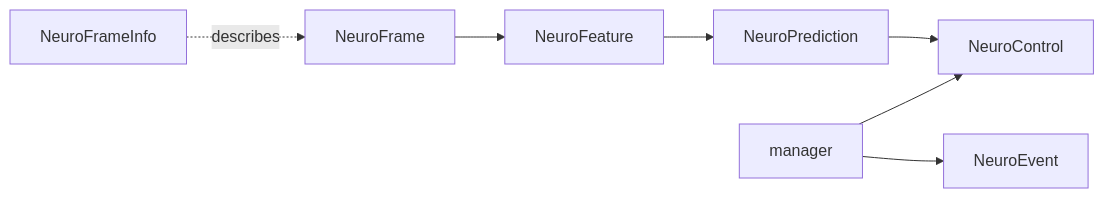
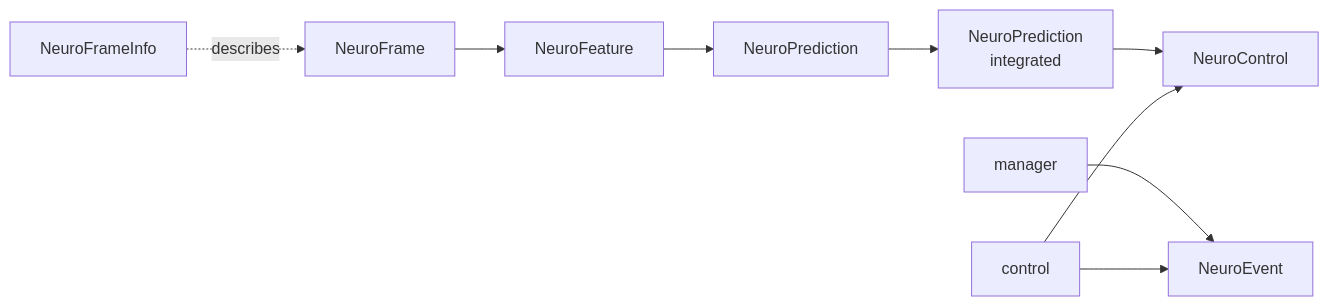
The diagram in docs/concepts/messages.md (ros2neuro/docs), drawn with Mermaid before and after one commit. The commit also changed other lines of this file and 60 other files, not shown here.

Commit message:
Add four architecture figures, shared-parameters page, robot-control tutorial and MATLAB check description; ignore tutorial packages in colcon

````diff
--- a/docs/concepts/messages.md
+++ b/docs/concepts/messages.md
@@ -5,9 +5,11 @@
 ```mermaid
 flowchart LR
     A[NeuroFrame] --> F[NeuroFeature]
     F --> P[NeuroPrediction]
-    P --> C[NeuroControl]
+    P --> P2[NeuroPrediction<br/>integrated]
+    P2 --> C[NeuroControl]
     M[manager] --> E[NeuroEvent]
-    M --> C
+    K[control] --> E
+    K --> C
     I[NeuroFrameInfo] -.->|"describes"| A
 ```
````
